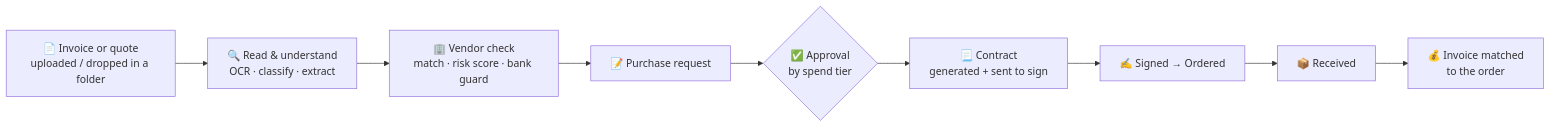
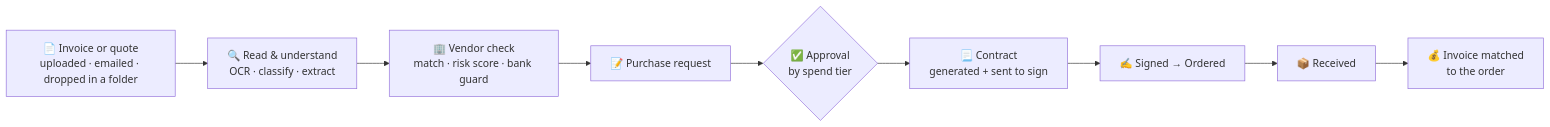
The first of 2 diagrams in README.md (AnoojShete/ProcurementAutomation), drawn with Mermaid before and after one commit. The commit also changed other lines of this file and 13 other files, not shown here.

````diff
--- a/README.md
+++ b/README.md
@@ -29,11 +29,11 @@
 ```mermaid
 flowchart LR
-    A[📄 Invoice or quote<br/>uploaded / dropped in a folder] --> B[🔍 Read & understand<br/>OCR · classify · extract]
+    A[📄 Invoice or quote<br/>uploaded · emailed · dropped in a folder] --> B[🔍 Read & understand<br/>OCR · classify · extract]
     B --> C[🏢 Vendor check<br/>match · risk score · bank guard]
     C --> D[📝 Purchase request]
     D --> E{✅ Approval<br/>by spend tier}
     E --> F[📃 Contract<br/>generated + sent to sign]
     F --> G[✍️ Signed → Ordered]
     G --> H[📦 Received]
     H --> I[💰 Invoice matched<br/>to the order]
 ```
````
